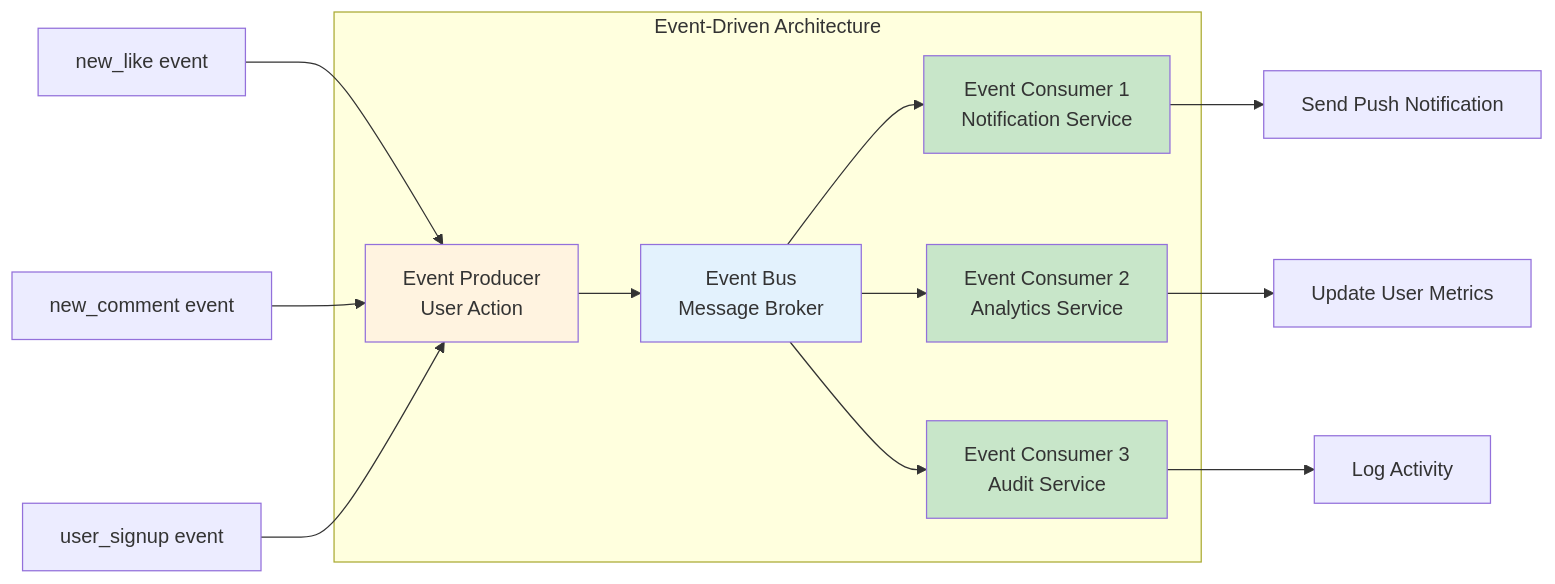
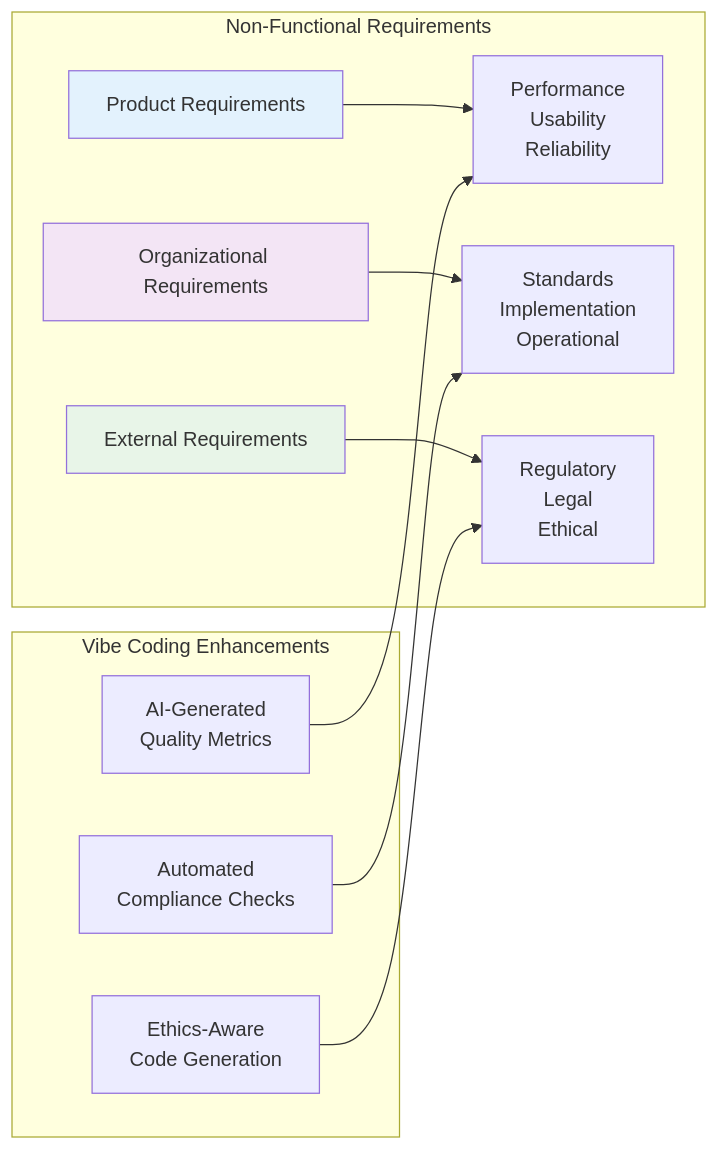
The second of 3 diagrams in chapters/chapter-04.md (hunkim/VibeSoftwareEngineering), drawn with Mermaid before and after one commit. The commit also changed other lines of this file and 17 other files, not shown here.

First line of the commit message:
docs(chapters): update chapter-01.md to reflect vibe coding principles and philosophy

````diff
--- a/chapters/chapter-04.md
+++ b/chapters/chapter-04.md
@@ -56,29 +99,18 @@
 ```mermaid
 graph LR
-    subgraph "Event-Driven Architecture"
-        A["Event Producer<br/>User Action"]
-        B["Event Bus<br/>Message Broker"]
-        C["Event Consumer 1<br/>Notification Service"]
-        D["Event Consumer 2<br/>Analytics Service"]
-        E["Event Consumer 3<br/>Audit Service"]
+    subgraph "Non-Functional Requirements"
+        A["Product Requirements"] --> A1["Performance<br/>Usability<br/>Reliability"]
+        B["Organizational Requirements"] --> B1["Standards<br/>Implementation<br/>Operational"]
+        C["External Requirements"] --> C1["Regulatory<br/>Legal<br/>Ethical"]
     end
     
-    A --> B
-    B --> C
-    B --> D
-    B --> E
+    subgraph "Vibe Coding Enhancements"
+        D["AI-Generated<br/>Quality Metrics"] --> A1
+        E["Automated<br/>Compliance Checks"] --> B1
+        F["Ethics-Aware<br/>Code Generation"] --> C1
+    end
     
-    F["new_like event"] --> A
-    G["new_comment event"] --> A
-    H["user_signup event"] --> A
-    
-    C --> I["Send Push Notification"]
-    D --> J["Update User Metrics"]
-    E --> K["Log Activity"]
-    
-    style B fill:#e3f2fd
-    style A fill:#fff3e0
-    style C fill:#c8e6c9
-    style D fill:#c8e6c9
-    style E fill:#c8e6c9
+    style A fill:#e3f2fd
+    style B fill:#f3e5f5
+    style C fill:#e8f5e8
 ```
````
